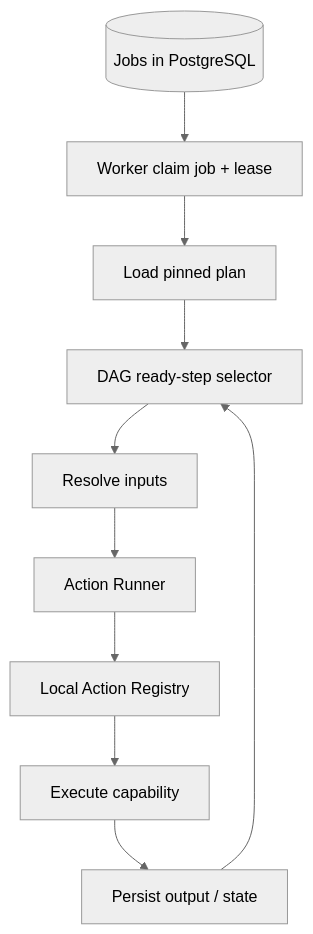
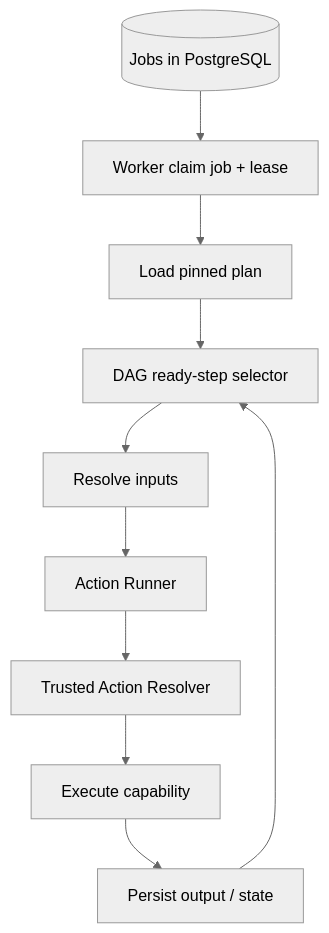
One commit to chiennc4805/proxmox-load-balancer changed the fourth of 8 diagrams in README.md. Above: the diagram before and after it, drawn with Mermaid (neutral theme). The commit also changed other lines of this file and 31 other files, not shown here.

````diff
--- a/README.md
+++ b/README.md
@@ -266,12 +266,12 @@
 ```mermaid
 flowchart TD
     DB[(Jobs in PostgreSQL)] --> CLAIM[Worker claim job + lease]
     CLAIM --> LOAD[Load pinned plan]
     LOAD --> DAG[DAG ready-step selector]
     DAG --> BIND[Resolve inputs]
     BIND --> RUN[Action Runner]
-    RUN --> REG[Local Action Registry]
+    RUN --> REG[Trusted Action Resolver]
     REG --> ACTION[Execute capability]
     ACTION --> SAVE[Persist output / state]
     SAVE --> DAG
 ```
````
